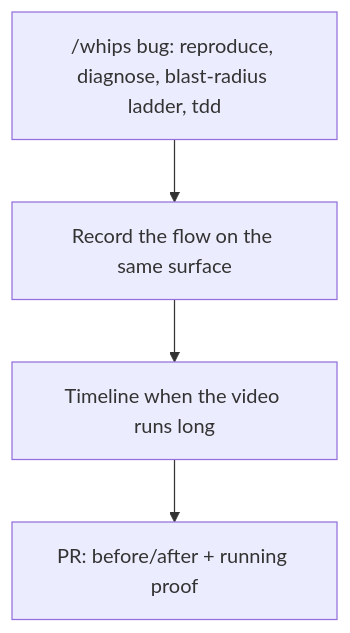
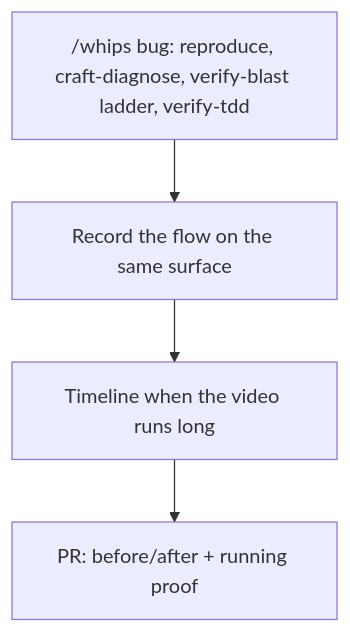
One commit to TudeOrangBiasa/skills-for-agents changed the seventh of 10 diagrams in skills/user-invoked/guide/COOKBOOK.md. Above: the diagram before and after it, drawn with Mermaid. The commit also changed other lines of this file and 441 other files, not shown here.

````diff
--- a/skills/user-invoked/guide/COOKBOOK.md
+++ b/skills/user-invoked/guide/COOKBOOK.md
@@ -111,5 +111,5 @@
 ```mermaid
 flowchart TD
-    W["/whips bug: reproduce, diagnose, blast-radius ladder, tdd"] --> R["Record the flow on the same surface"]
+    W["/whips bug: reproduce, craft-diagnose, verify-blast ladder, verify-tdd"] --> R["Record the flow on the same surface"]
     R --> L["Timeline when the video runs long"] --> PR["PR: before/after + running proof"]
 ```
````
